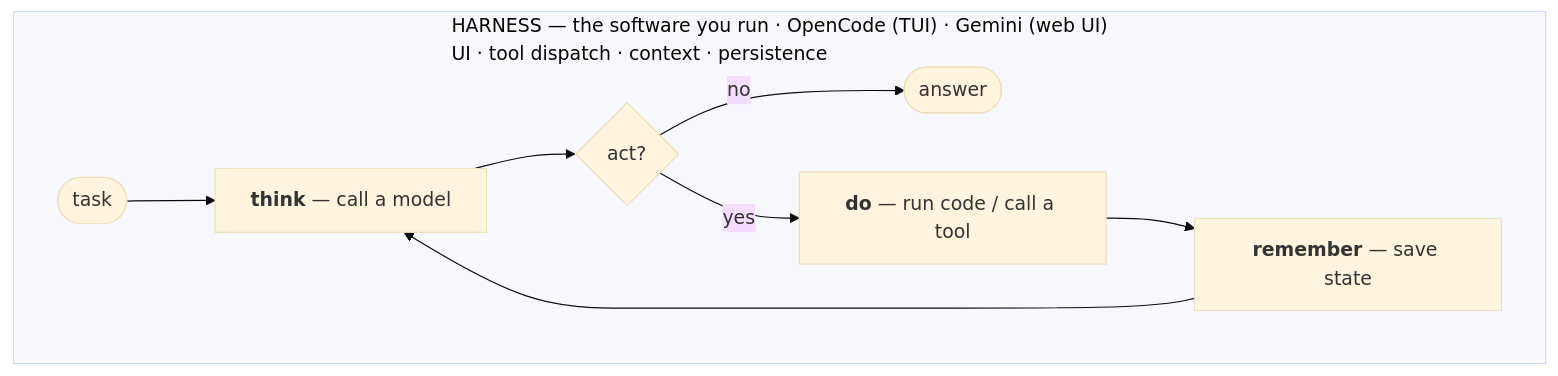
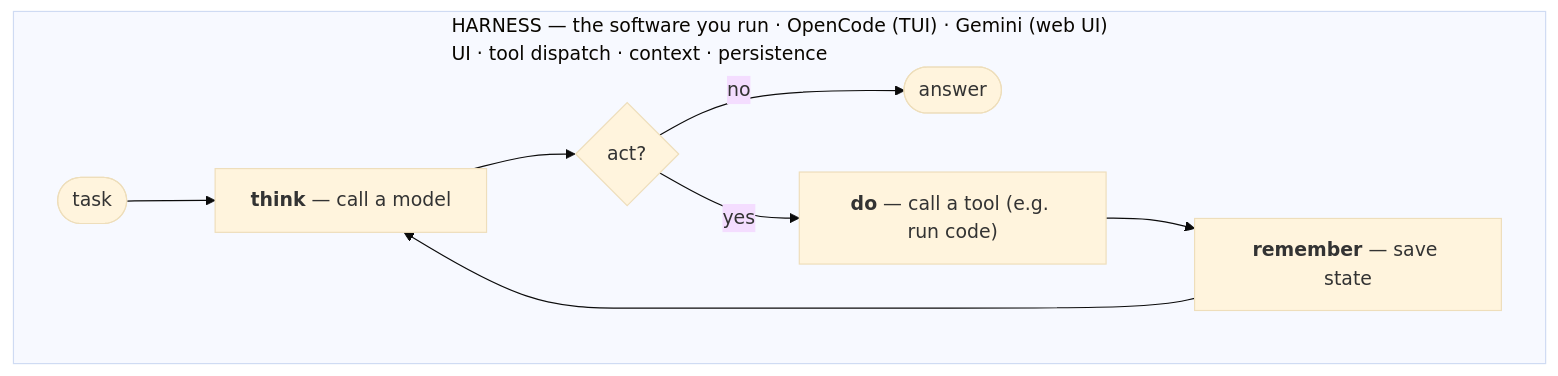
The second of 15 diagrams in docs/stack-slides.md (tilsley/creance), drawn with Mermaid (base theme) before and after one commit. The commit also changed other lines of this file, not shown here.

First line of the commit message:
docs(slides): rework model — 3 primitives (model/tool/memory), add 'contain' control

````diff
--- a/docs/stack-slides.md
+++ b/docs/stack-slides.md
@@ -28,11 +28,11 @@
 ```mermaid
 flowchart TB
   subgraph HARNESS["HARNESS — the software you run · OpenCode (TUI) · Gemini (web UI)<br/>UI · tool dispatch · context · persistence"]
     Start(["task"]) --> Think["<b>think</b> — call a model"]
     Think --> Q{"act?"}
     Q -- "no" --> Done(["answer"])
-    Q -- "yes" --> Do["<b>do</b> — run code / call a tool"]
+    Q -- "yes" --> Do["<b>do</b> — call a tool (e.g. run code)"]
     Do --> Rem["<b>remember</b> — save state"]
     Rem --> Think
   end
 ```
````
